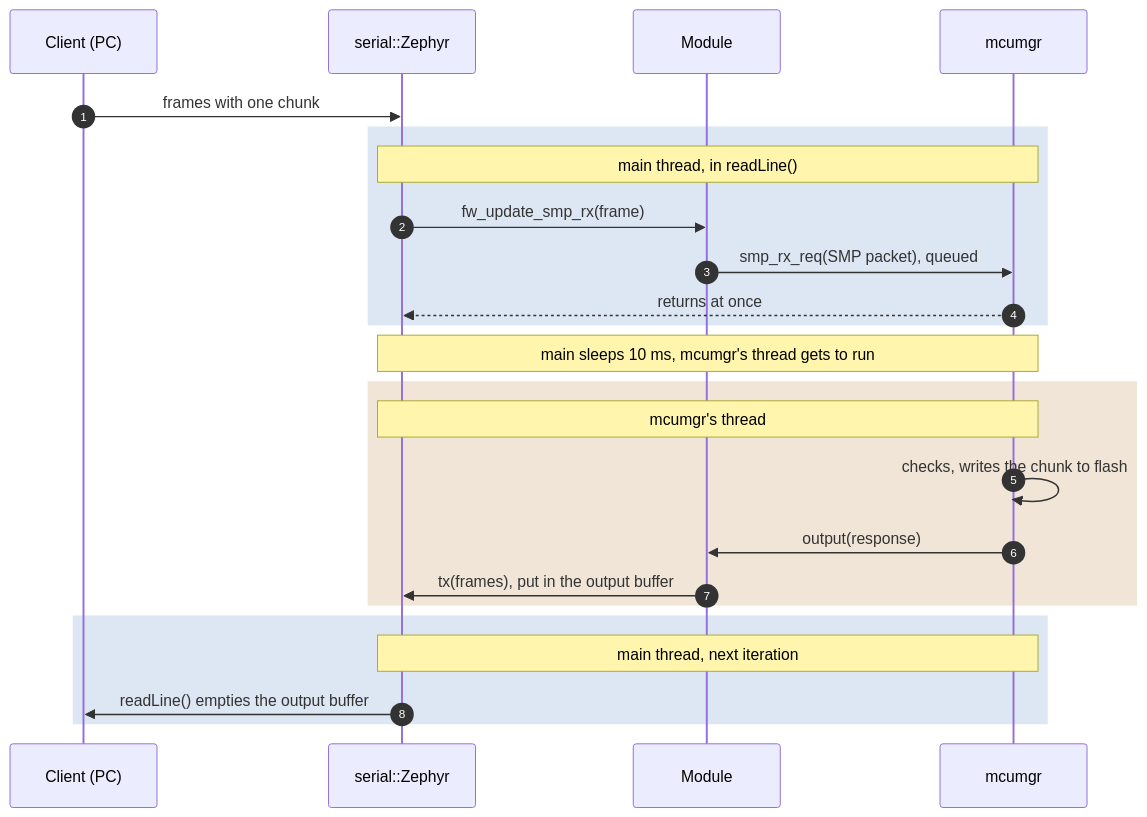
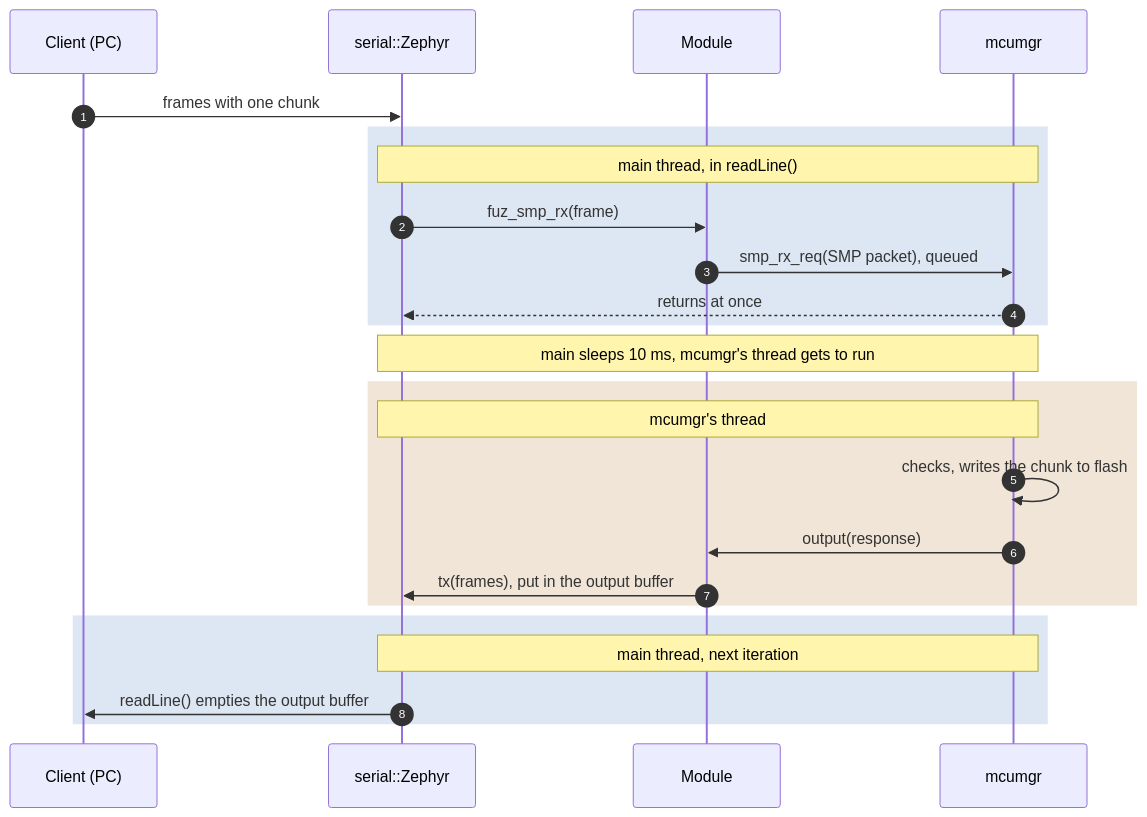
Before and after one commit to guszahrma/yrgo_hwc-_p02: the fourth of 5 diagrams in docs/plans/p02_fw_update/threads_en.md, drawn with Mermaid. The commit also changed 11 other files, not shown here.

````diff
--- a/docs/plans/p02_fw_update/threads_en.md
+++ b/docs/plans/p02_fw_update/threads_en.md
@@ -118,26 +118,26 @@
 ```mermaid
 sequenceDiagram
     autonumber
     participant S as Client (PC)
     participant Ser as serial::Zephyr
     participant Mod as Module
     participant Mg as mcumgr
     S->>Ser: frames with one chunk
     rect rgba(45, 98, 179, 0.16)
         Note over Ser,Mg: main thread, in readLine()
-        Ser->>Mod: fw_update_smp_rx(frame)
+        Ser->>Mod: fuz_smp_rx(frame)
         Mod->>Mg: smp_rx_req(SMP packet), queued
         Mg-->>Ser: returns at once
     end
     Note over Ser,Mg: main sleeps 10 ms, mcumgr's thread gets to run
     rect rgba(161, 96, 10, 0.16)
         Note over Ser,Mg: mcumgr's thread
         Mg->>Mg: checks, writes the chunk to flash
         Mg->>Mod: output(response)
         Mod->>Ser: tx(frames), put in the output buffer
     end
     rect rgba(45, 98, 179, 0.16)
         Note over Ser,Mg: main thread, next iteration
         Ser->>S: readLine() empties the output buffer
     end
 ```
````
